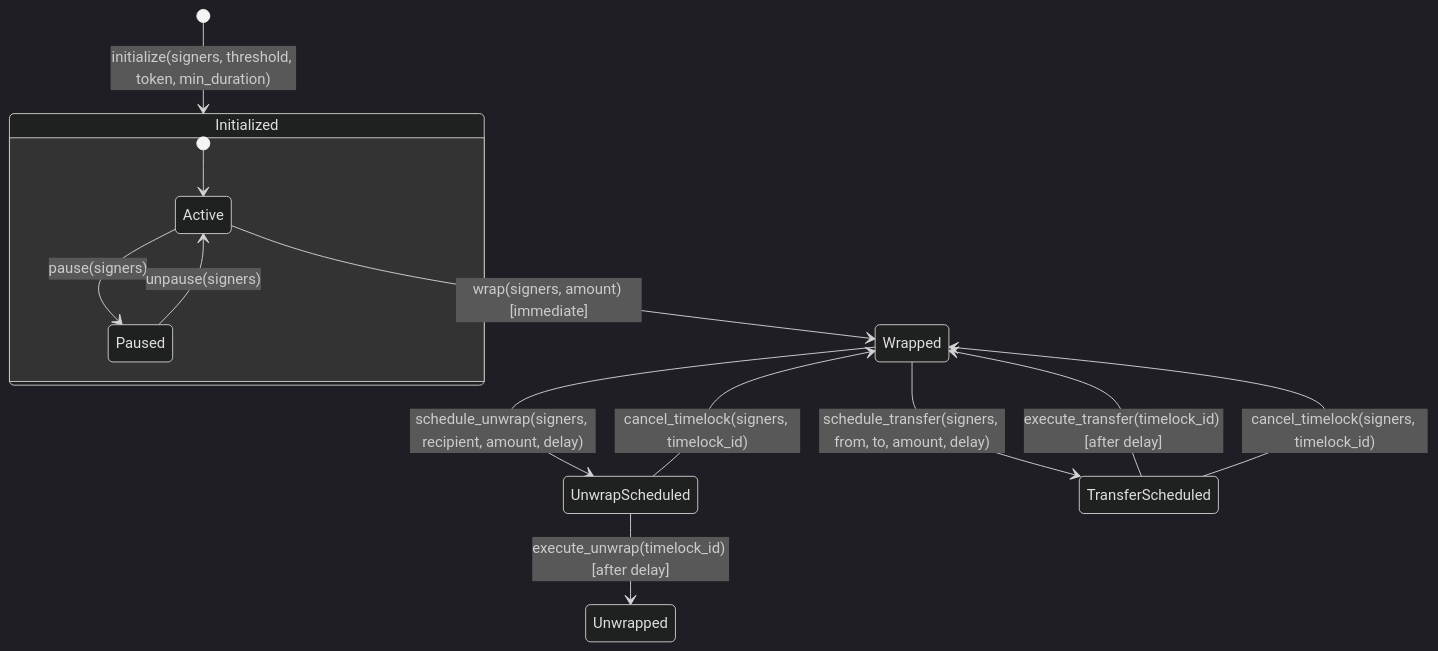
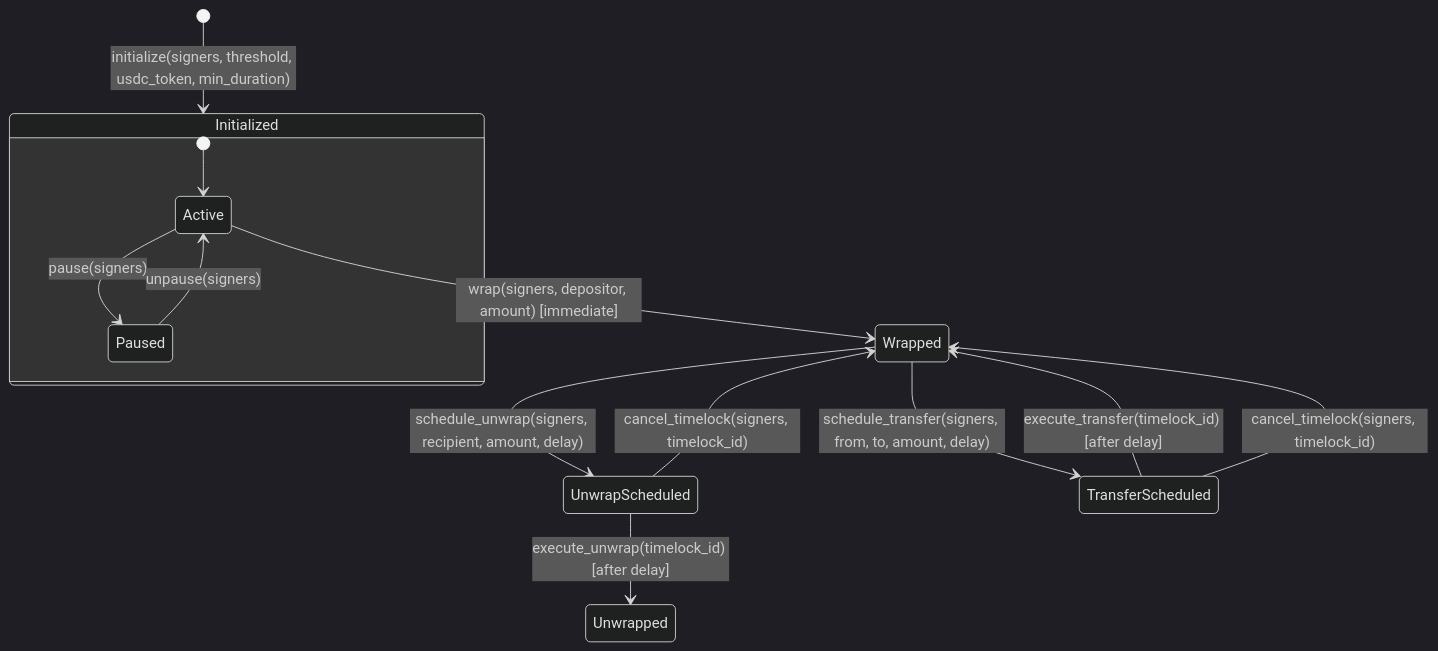
Before and after one commit to Financial-Empowerment-Partners/impala: the fourth of 11 diagrams in ARCHITECTURE.md, drawn with Mermaid (dark theme). The commit also changed other lines of this file and 235 other files, not shown here.

````diff
--- a/ARCHITECTURE.md
+++ b/ARCHITECTURE.md
@@ -346,20 +350,20 @@
 ```mermaid
 stateDiagram-v2
-    [*] --> Initialized : initialize(signers, threshold, token, min_duration)
+    [*] --> Initialized : initialize(signers, threshold, usdc_token, min_duration)
 
     state Initialized {
         [*] --> Active
         Active --> Paused : pause(signers)
         Paused --> Active : unpause(signers)
     }
 
-    Active --> Wrapped : wrap(signers, amount) [immediate]
+    Active --> Wrapped : wrap(signers, depositor, amount) [immediate]
 
     Wrapped --> UnwrapScheduled : schedule_unwrap(signers, recipient, amount, delay)
     UnwrapScheduled --> Unwrapped : execute_unwrap(timelock_id) [after delay]
     UnwrapScheduled --> Wrapped : cancel_timelock(signers, timelock_id)
 
     Wrapped --> TransferScheduled : schedule_transfer(signers, from, to, amount, delay)
     TransferScheduled --> Wrapped : execute_transfer(timelock_id) [after delay]
     TransferScheduled --> Wrapped : cancel_timelock(signers, timelock_id)
 ```
````
